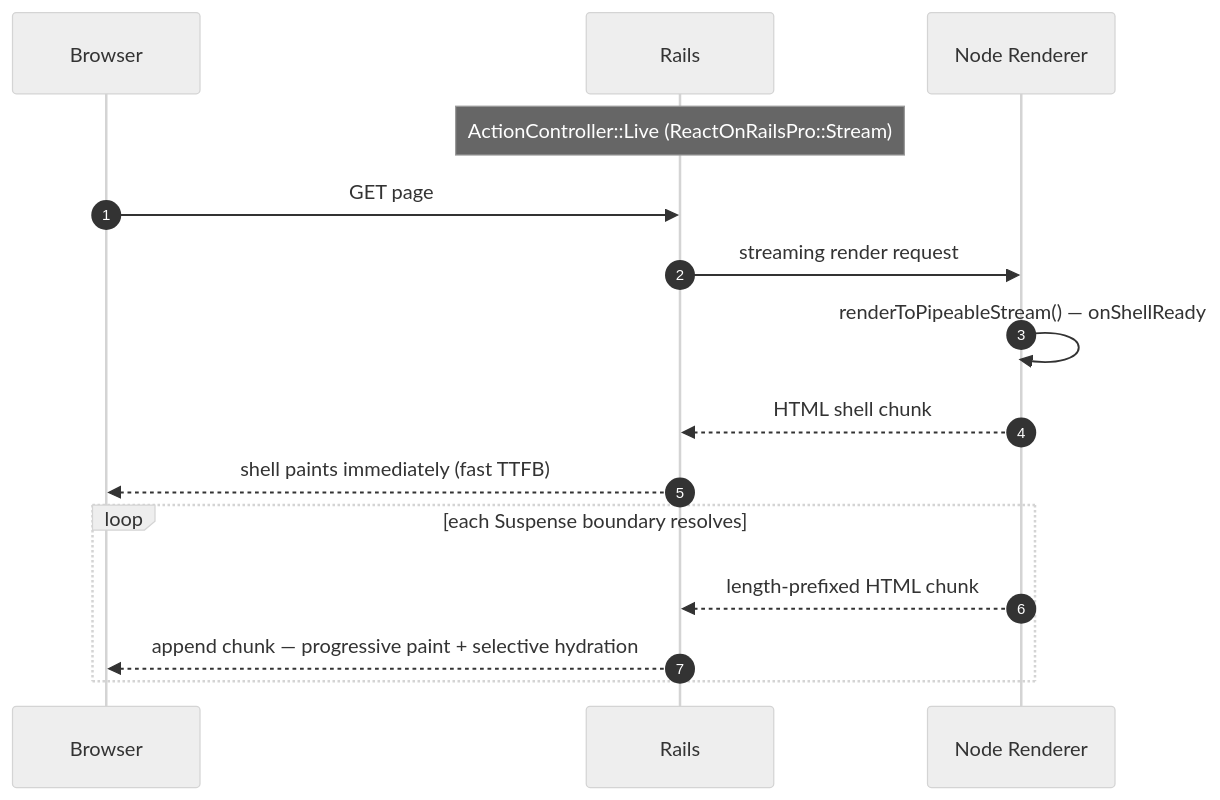
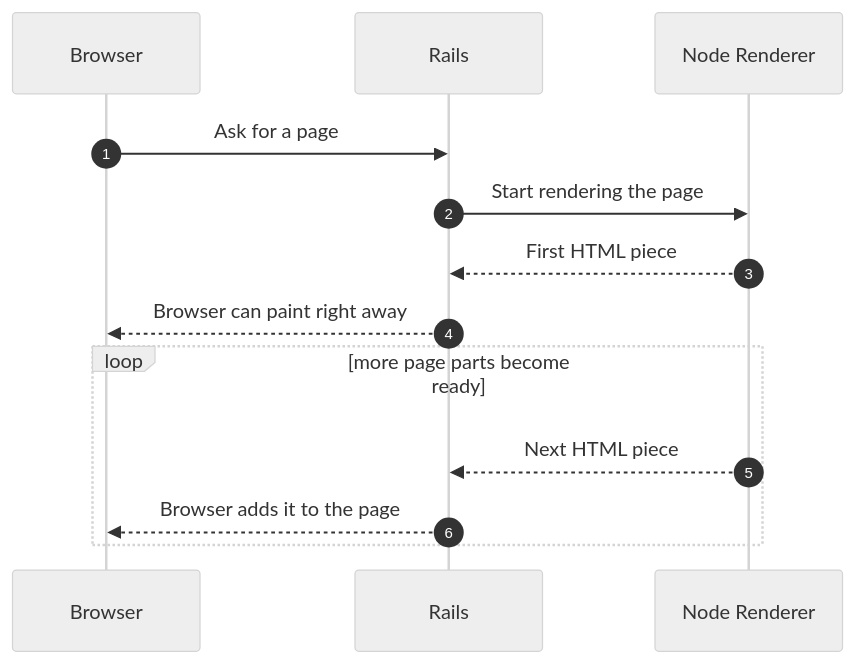
The first of 3 diagrams in docs/pro/streaming-ssr.md (shakacode/react_on_rails), drawn with Mermaid (neutral theme) before and after one commit. The commit also changed other lines of this file and 2 other files, not shown here.

Commit message:
Clarify Node renderer diagrams

````diff
--- a/docs/pro/streaming-ssr.md
+++ b/docs/pro/streaming-ssr.md
@@ -23,17 +23,15 @@
 ```mermaid
 sequenceDiagram
     autonumber
     participant Browser
     participant Rails
     participant Renderer as Node Renderer
-    Note over Rails: ActionController::Live (ReactOnRailsPro::Stream)
-    Browser->>Rails: GET page
-    Rails->>Renderer: streaming render request
-    Renderer->>Renderer: renderToPipeableStream() — onShellReady
-    Renderer-->>Rails: HTML shell chunk
-    Rails-->>Browser: shell paints immediately (fast TTFB)
-    loop each Suspense boundary resolves
-        Renderer-->>Rails: length-prefixed HTML chunk
-        Rails-->>Browser: append chunk — progressive paint + selective hydration
+    Browser->>Rails: Ask for a page
+    Rails->>Renderer: Start rendering the page
+    Renderer-->>Rails: First HTML piece
+    Rails-->>Browser: Browser can paint right away
+    loop more page parts become ready
+        Renderer-->>Rails: Next HTML piece
+        Rails-->>Browser: Browser adds it to the page
     end
 ```
````
